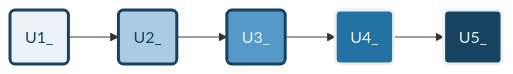
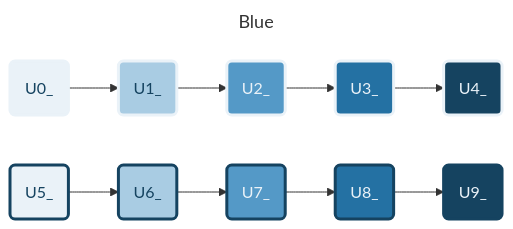
One commit to APrettyCoolProgram/aprettycoolprogram changed the third of 10 diagrams in profile/mermaid/mermaid-colors.md. Above: the diagram before and after it, drawn with Mermaid. The commit also changed other lines of this file, not shown here.

````diff
--- a/profile/mermaid/mermaid-colors.md
+++ b/profile/mermaid/mermaid-colors.md
@@ -80,17 +95,31 @@
 ```mermaid
+---
+title: Blue
+---
 flowchart LR
   %% Components
+  U0@{shape: rounded, label: "U0_"}
   U1@{shape: rounded, label: "U1_"}
   U2@{shape: rounded, label: "U2_"}
   U3@{shape: rounded, label: "U3_"}
   U4@{shape: rounded, label: "U4_"}
   U5@{shape: rounded, label: "U5_"}
+  U6@{shape: rounded, label: "U6_"}
+  U7@{shape: rounded, label: "U7_"}
+  U8@{shape: rounded, label: "U8_"}
+  U9@{shape: rounded, label: "U9_"}
   %% Layout
-  U1:::U1_ --> U2:::U2_ --> U3:::U3_ --> U4:::U4_ --> U5:::U5_ 
+  U0:::U0_ --> U1:::U1_ --> U2:::U2_ --> U3:::U3_ --> U4:::U4_
+  U5:::U5_ --> U6:::U6_ --> U7:::U7_ --> U8:::U8_ --> U9:::U9_ 
   %% Styles
-  classDef U1_ stroke:#154360,stroke-width:3px,fill:#eaf2f8,color:#154360
-  classDef U2_ stroke:#154360,stroke-width:3px,fill:#a9cce3,color:#154360
-  classDef U3_ stroke:#154360,stroke-width:3px,fill:#5499c7,color:#eaf2f8
-  classDef U4_ stroke:#eaf2f8,stroke-width:3px,fill:#2471a3,color:#eaf2f8
-  classDef U5_ stroke:#eaf2f8,stroke-width:3px,fill:#154360,color:#eaf2f8
+  classDef U0_ stroke:#eaf2f8,stroke-width:3px,fill:#eaf2f8,color:#154360
+  classDef U1_ stroke:#eaf2f8,stroke-width:3px,fill:#a9cce3,color:#154360
+  classDef U2_ stroke:#eaf2f8,stroke-width:3px,fill:#5499c7,color:#eaf2f8
+  classDef U3_ stroke:#eaf2f8,stroke-width:3px,fill:#2471a3,color:#eaf2f8
+  classDef U4_ stroke:#eaf2f8,stroke-width:3px,fill:#154360,color:#eaf2f8
+  classDef U5_ stroke:#154360,stroke-width:3px,fill:#eaf2f8,color:#154360
+  classDef U6_ stroke:#154360,stroke-width:3px,fill:#a9cce3,color:#154360
+  classDef U7_ stroke:#154360,stroke-width:3px,fill:#5499c7,color:#eaf2f8
+  classDef U8_ stroke:#154360,stroke-width:3px,fill:#2471a3,color:#eaf2f8
+  classDef U9_ stroke:#154360,stroke-width:3px,fill:#154360,color:#eaf2f8
 ```
````
